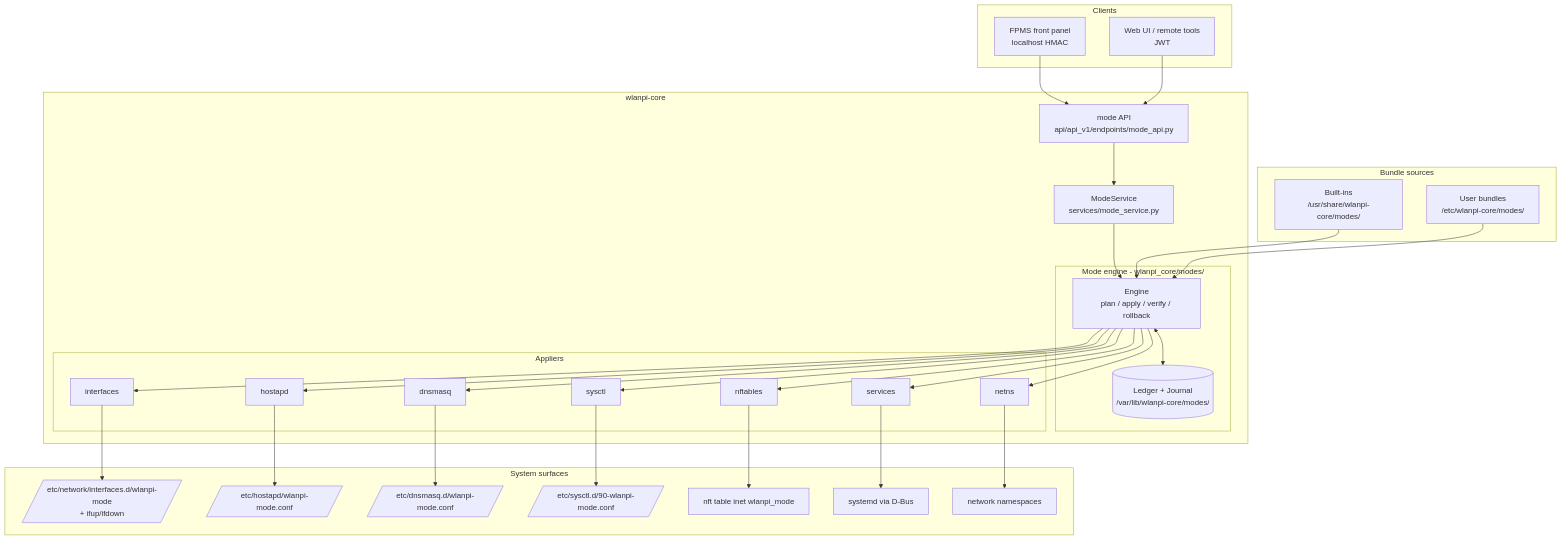
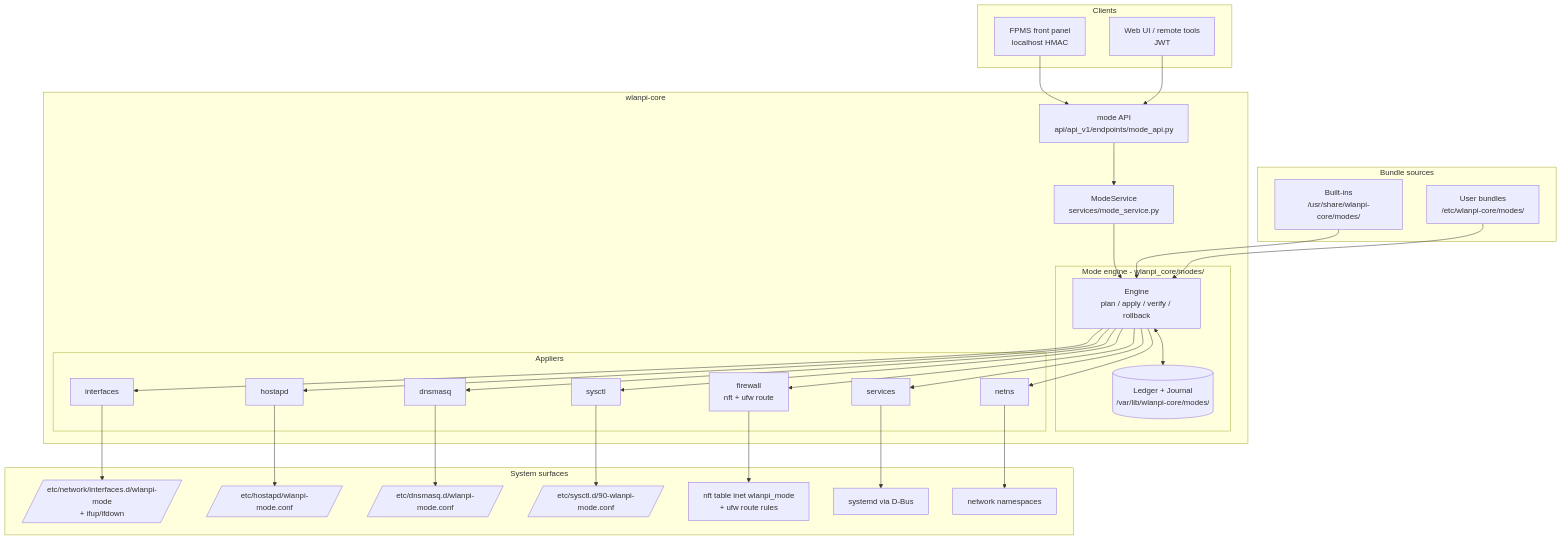
One commit to jsnyder81/wlanpi-core changed the first of 2 diagrams in docs/mode-manager-design.md. Above: the diagram before and after it, drawn with Mermaid. The commit also changed other lines of this file, not shown here.

First line of the commit message:
docs: incorporate issue #138 review feedback into mode manager design

````diff
--- a/docs/mode-manager-design.md
+++ b/docs/mode-manager-design.md
@@ -49,55 +51,55 @@
 ```mermaid
 flowchart TB
     subgraph clients [Clients]
         FPMS[FPMS front panel<br/>localhost HMAC]
         WEB[Web UI / remote tools<br/>JWT]
     end
 
     subgraph core [wlanpi-core]
         API[mode API<br/>api/api_v1/endpoints/mode_api.py]
         SVC[ModeService<br/>services/mode_service.py]
         subgraph engine [Mode engine - wlanpi_core/modes/]
             ENG[Engine<br/>plan / apply / verify / rollback]
             LED[(Ledger + Journal<br/>/var/lib/wlanpi-core/modes/)]
         end
         subgraph appliers [Appliers]
             A1[interfaces]
             A2[hostapd]
             A3[dnsmasq]
             A4[sysctl]
-            A5[nftables]
+            A5[firewall<br/>nft + ufw route]
             A6[services]
             A7[netns]
         end
     end
 
     subgraph bundles [Bundle sources]
         BI[Built-ins<br/>/usr/share/wlanpi-core/modes/]
         USR[User bundles<br/>/etc/wlanpi-core/modes/]
     end
 
     subgraph sys [System surfaces]
         S1[/etc/network/interfaces.d/wlanpi-mode<br/>+ ifup/ifdown/]
         S2[/etc/hostapd/wlanpi-mode.conf/]
         S3[/etc/dnsmasq.d/wlanpi-mode.conf/]
         S4[/etc/sysctl.d/90-wlanpi-mode.conf/]
-        S5[nft table inet wlanpi_mode]
+        S5[nft table inet wlanpi_mode<br/>+ ufw route rules]
         S6[systemd via D-Bus]
         S7[network namespaces]
     end
 
     FPMS --> API
     WEB --> API
     API --> SVC --> ENG
     BI --> ENG
     USR --> ENG
     ENG <--> LED
     ENG --> A1 & A2 & A3 & A4 & A5 & A6 & A7
     A1 --> S1
     A2 --> S2
     A3 --> S3
     A4 --> S4
     A5 --> S5
     A6 --> S6
     A7 --> S7
 ```
````
